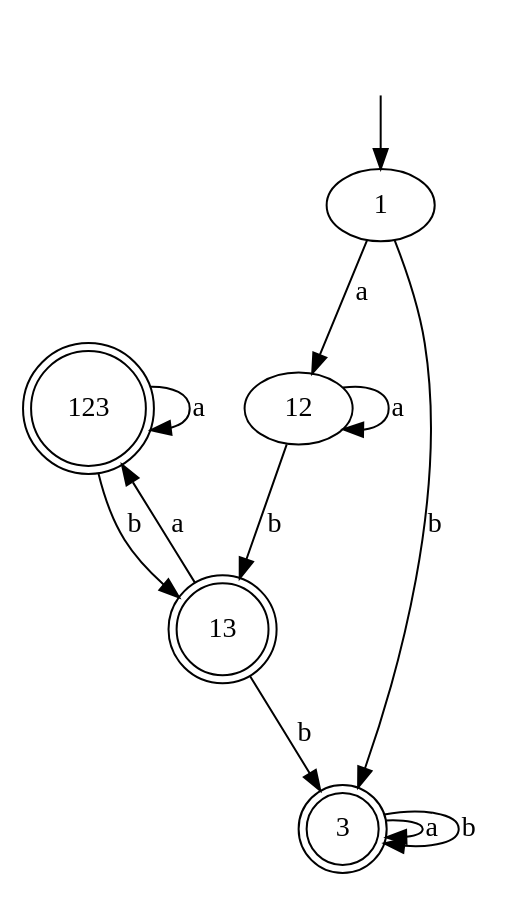
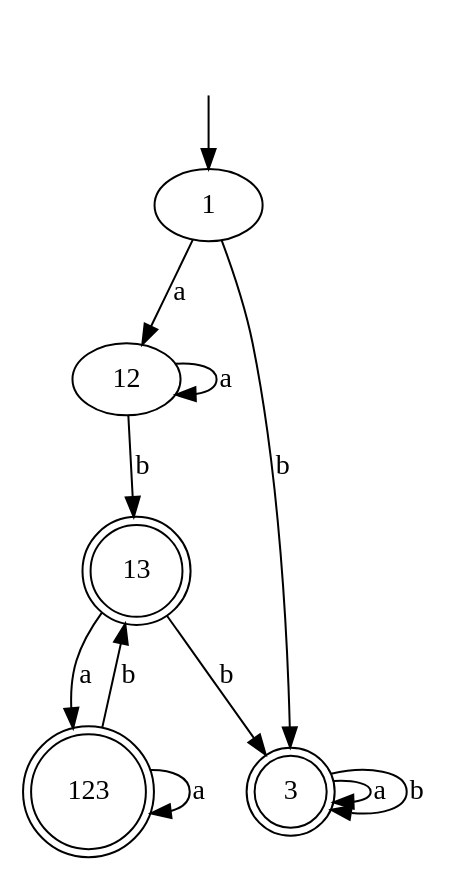
The diagram in files/dependency_graphs/deterministic finite state machine.gv (PyAlexOs/TheoryFormalLanguages), drawn with Graphviz before and after one commit. The commit also changed other lines of this file and 14 other files, not shown here.

```diff
--- a/files/dependency_graphs/deterministic finite state machine.gv
+++ b/files/dependency_graphs/deterministic finite state machine.gv
@@ -1,22 +1,22 @@
 digraph "deterministic finite state machine" {
+	13 [shape=doublecircle]
+	12 -> 13 [label=b]
+	3 [shape=doublecircle]
+	3 -> 3 [label=a]
 	123 [shape=doublecircle]
 	13 -> 123 [label=a]
-	12 -> 12 [label=a]
+	13 [shape=doublecircle]
+	123 -> 13 [label=b]
+	3 [shape=doublecircle]
+	3 -> 3 [label=b]
 	3 [shape=doublecircle]
 	13 -> 3 [label=b]
-	3 [shape=doublecircle]
-	3 -> 3 [label=a]
-	3 [shape=doublecircle]
-	3 -> 3 [label=b]
-	13 [shape=doublecircle]
-	123 -> 13 [label=b]
+	123 [shape=doublecircle]
+	123 -> 123 [label=a]
 	" " [shape=plaintext]
 	" " -> 1
-	1 -> 12 [label=a]
 	3 [shape=doublecircle]
 	1 -> 3 [label=b]
-	13 [shape=doublecircle]
-	12 -> 13 [label=b]
-	123 [shape=doublecircle]
-	123 -> 123 [label=a]
+	1 -> 12 [label=a]
+	12 -> 12 [label=a]
 }
```
